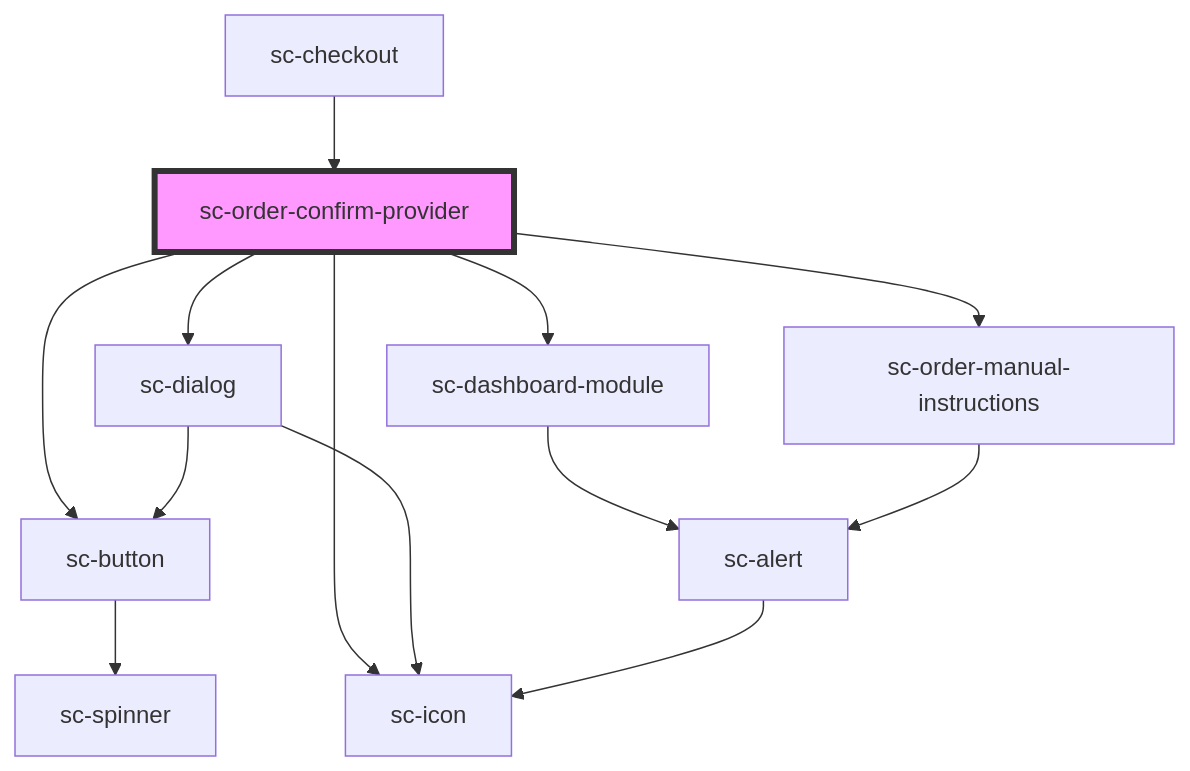
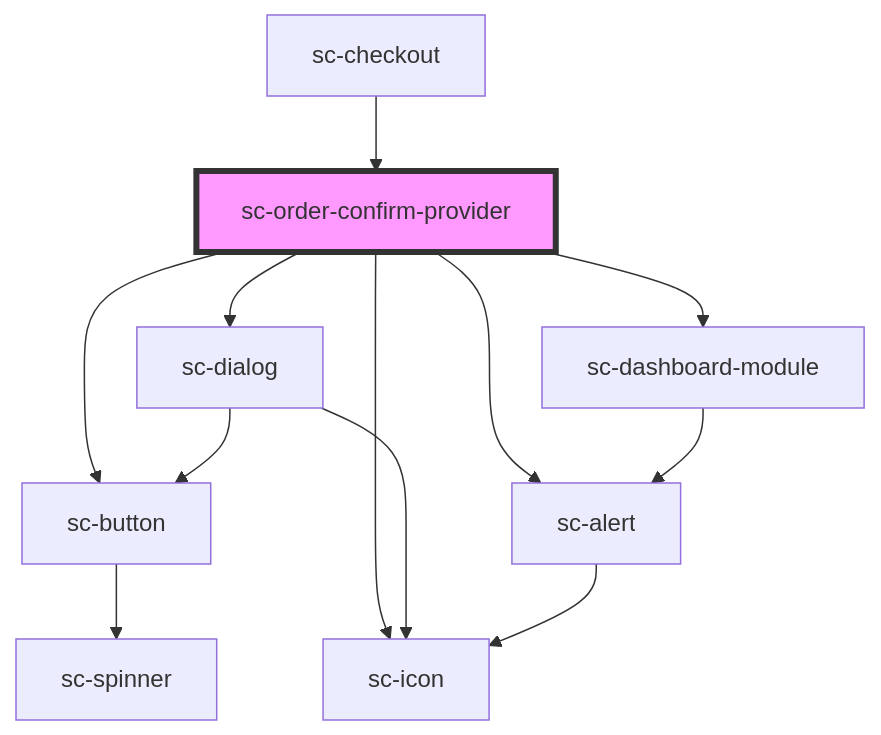
Before and after one commit to surecart/surecart-wp-plugin: the diagram in packages/components/src/components/providers/order-confirm-provider/readme.md, drawn with Mermaid. The commit also changed other lines of this file and 29 other files, not shown here.

````diff
--- a/packages/components/src/components/providers/order-confirm-provider/readme.md
+++ b/packages/components/src/components/providers/order-confirm-provider/readme.md
@@ -43,16 +40,15 @@
 ```mermaid
 graph TD;
   sc-order-confirm-provider --> sc-dialog
   sc-order-confirm-provider --> sc-icon
   sc-order-confirm-provider --> sc-dashboard-module
-  sc-order-confirm-provider --> sc-order-manual-instructions
+  sc-order-confirm-provider --> sc-alert
   sc-order-confirm-provider --> sc-button
   sc-dialog --> sc-button
   sc-dialog --> sc-icon
   sc-button --> sc-spinner
   sc-dashboard-module --> sc-alert
   sc-alert --> sc-icon
-  sc-order-manual-instructions --> sc-alert
   sc-checkout --> sc-order-confirm-provider
   style sc-order-confirm-provider fill:#f9f,stroke:#333,stroke-width:4px
 ```
````
